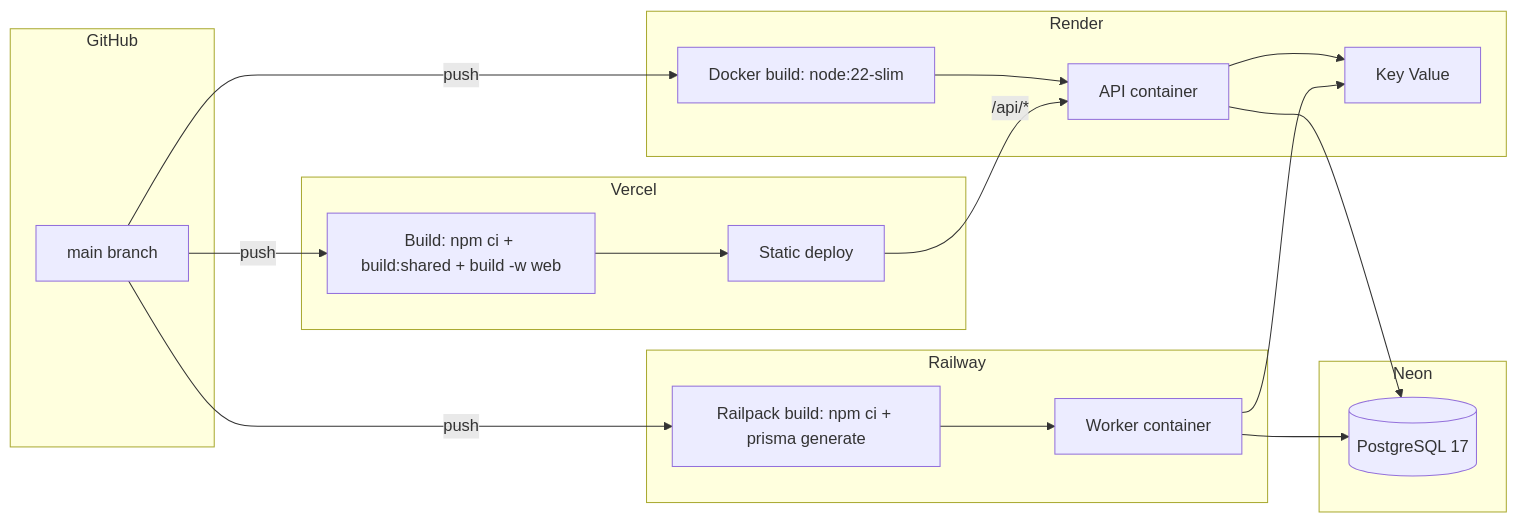
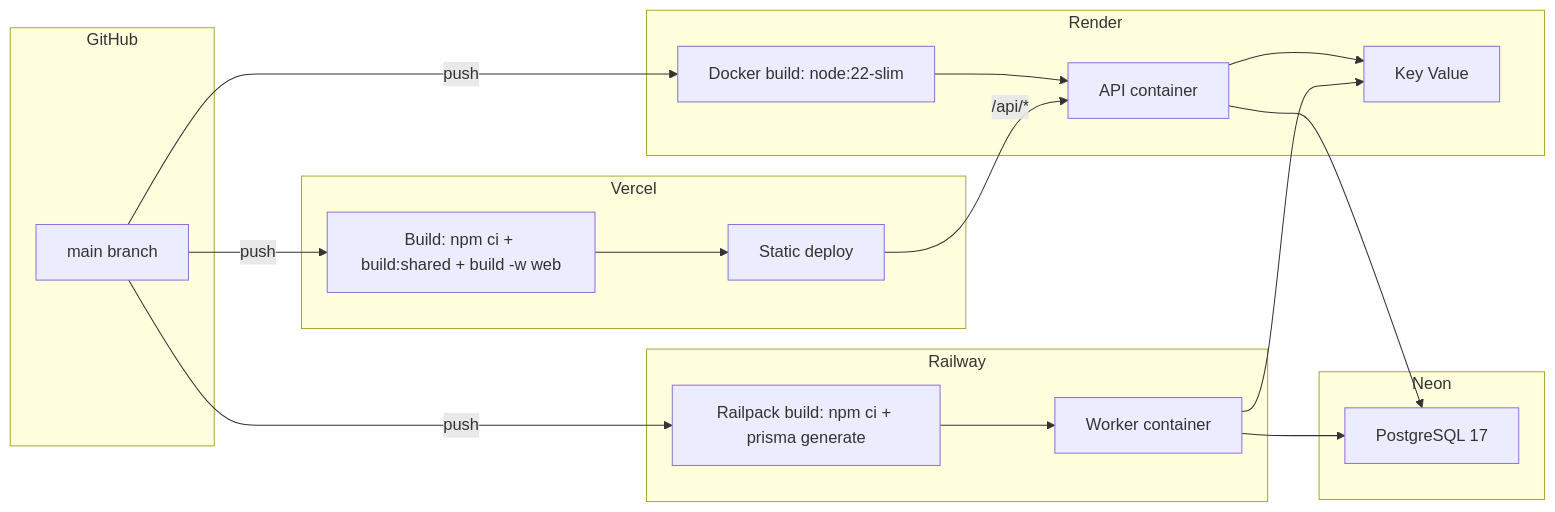
One commit to EchoGrow/echogrow-core changed the sixth of 6 diagrams in README.md. Above: the diagram before and after it, drawn with Mermaid. The commit also changed other lines of this file, not shown here.

````diff
--- a/README.md
+++ b/README.md
@@ -489,39 +489,39 @@
 ```mermaid
 flowchart LR
     subgraph GitHub
         MAIN[main branch]
     end
 
     subgraph Vercel
         V_BUILD[Build: npm ci + build:shared + build -w web]
         V_DEPLOY[Static deploy]
         V_BUILD --> V_DEPLOY
     end
 
     subgraph Render
         R_BUILD[Docker build: node:22-slim]
         R_API[API container]
         R_REDIS[Key Value]
         R_BUILD --> R_API
     end
 
     subgraph Railway
         RW_BUILD[Railpack build: npm ci + prisma generate]
         RW_WORKER[Worker container]
         RW_BUILD --> RW_WORKER
     end
 
     subgraph Neon
-        NEON_DB[(PostgreSQL 17)]
+        NEON_DB[PostgreSQL 17]
     end
 
     MAIN -->|push| V_BUILD
     MAIN -->|push| R_BUILD
     MAIN -->|push| RW_BUILD
 
     V_DEPLOY -->|/api/*| R_API
     R_API --> NEON_DB
     R_API --> R_REDIS
     RW_WORKER --> R_REDIS
     RW_WORKER --> NEON_DB
 ```
````
